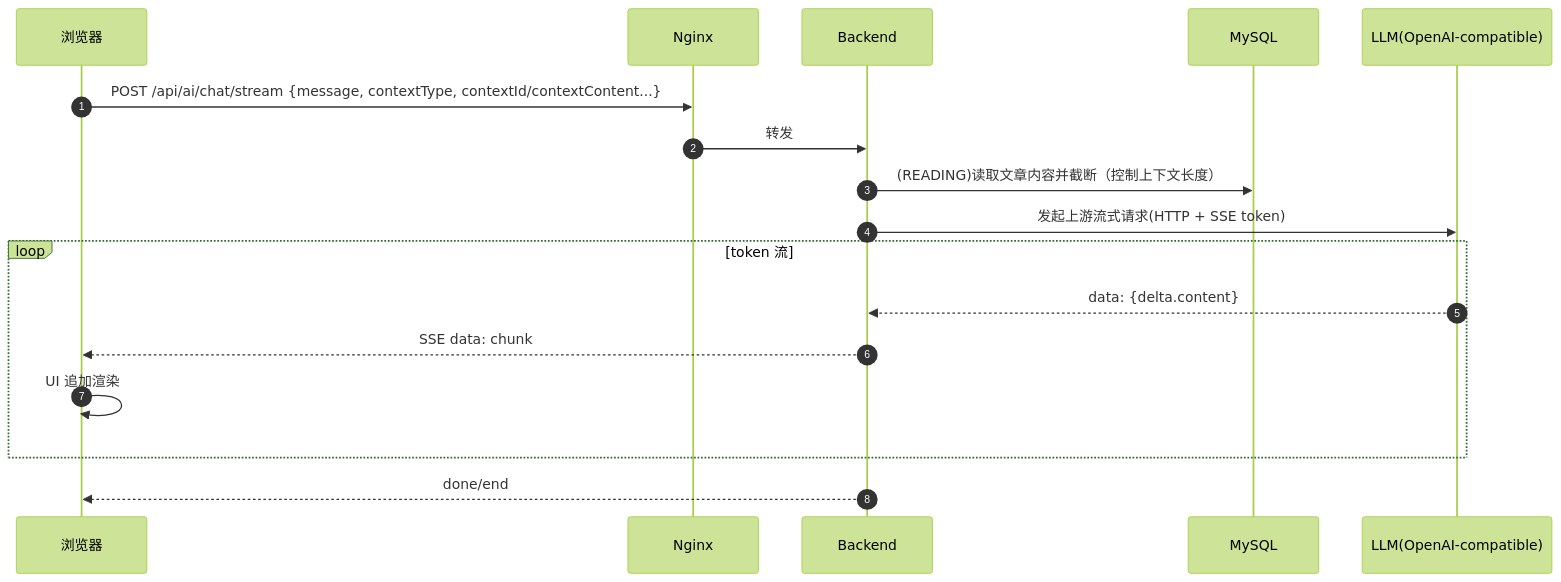
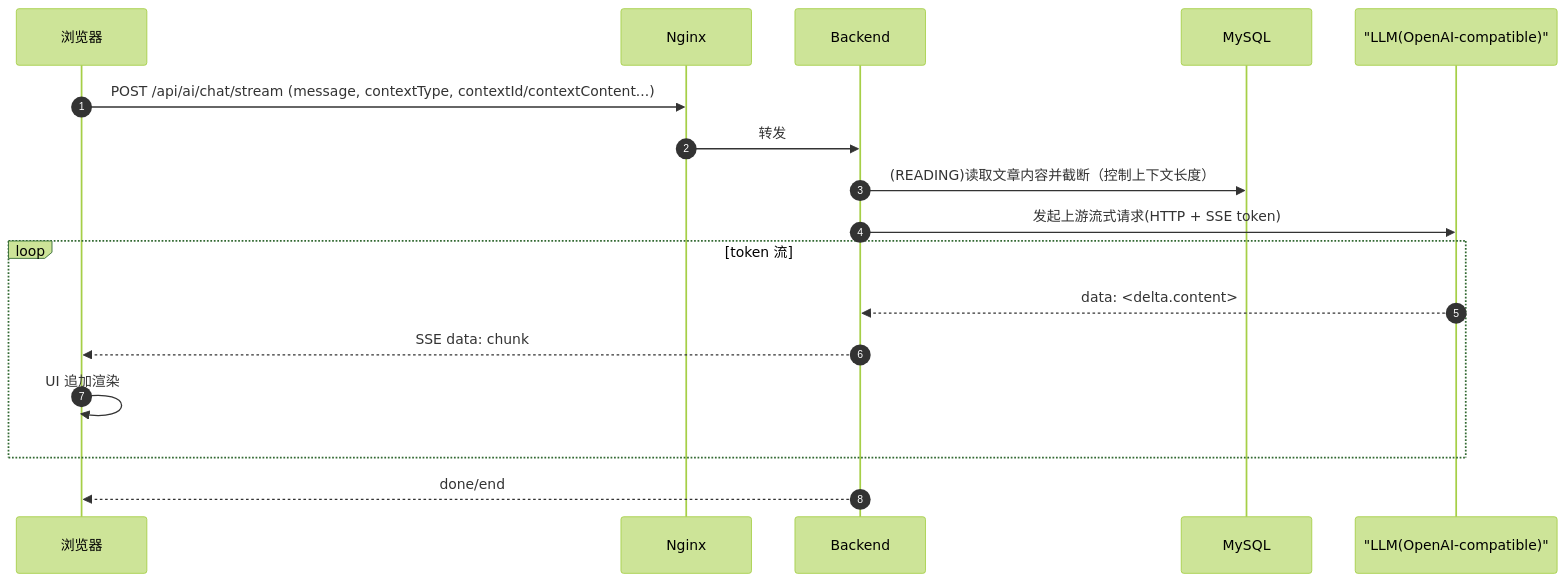
The fourth of 5 diagrams in doc/系统设计文档.md (KirisameMarisa0602/PenRoseBlog), drawn with Mermaid (forest theme) before and after one commit. The commit also changed other lines of this file, not shown here.

Commit message:
修改视图设计

````diff
--- a/doc/系统设计文档.md
+++ b/doc/系统设计文档.md
@@ -564,20 +565,20 @@
 ```mermaid
 sequenceDiagram
   autonumber
   participant W as 浏览器
   participant N as Nginx
   participant B as Backend
   participant DB as MySQL
-  participant L as LLM(OpenAI-compatible)
+  participant L as "LLM(OpenAI-compatible)"
 
-  W->>N: POST /api/ai/chat/stream {message, contextType, contextId/contextContent...}
+  W->>N: POST /api/ai/chat/stream (message, contextType, contextId/contextContent...)
   N->>B: 转发
   B->>DB: (READING)读取文章内容并截断（控制上下文长度）
   B->>L: 发起上游流式请求(HTTP + SSE token)
   loop token 流
-    L-->>B: data: {delta.content}
+    L-->>B: data: <delta.content>
     B-->>W: SSE data: chunk
     W->>W: UI 追加渲染
   end
   B-->>W: done/end
 ```
````
